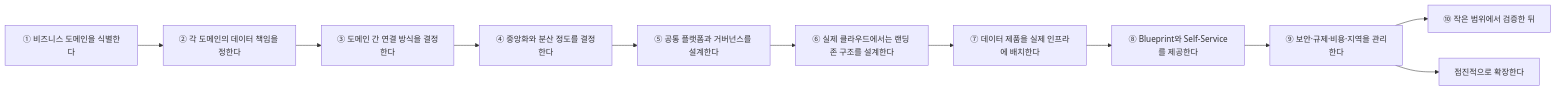
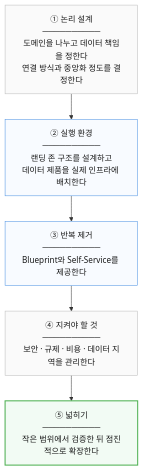
One commit to i31pc17/bitbook changed diagram 15 of 17 in 모던 데이터 아키텍처/부록 A. 클라우드 랜딩 존과 Blueprint.md. Above: the diagram before and after it, drawn with Mermaid. The commit also changed other lines of this file, not shown here.

````diff
--- a/모던 데이터 아키텍처/부록 A. 클라우드 랜딩 존과 Blueprint.md
+++ b/모던 데이터 아키텍처/부록 A. 클라우드 랜딩 존과 Blueprint.md
@@ -1480,24 +1493,16 @@
 ```mermaid
-flowchart LR
-    n0["① 비즈니스 도메인을 식별한다"]
-    n1["② 각 도메인의 데이터 책임을 정한다"]
-    n2["③ 도메인 간 연결 방식을 결정한다"]
-    n3["④ 중앙화와 분산 정도를 결정한다"]
-    n4["⑤ 공통 플랫폼과 거버넌스를 설계한다"]
-    n5["⑥ 실제 클라우드에서는 랜딩 존 구조를 설계한다"]
-    n6["⑦ 데이터 제품을 실제 인프라에 배치한다"]
-    n7["⑧ Blueprint와 Self-Service를 제공한다"]
-    n8["⑨ 보안·규제·비용·지역을 관리한다"]
-    n9["⑩ 작은 범위에서 검증한 뒤"]
-    n10["점진적으로 확장한다"]
-    n0 --> n1
-    n1 --> n2
-    n2 --> n3
-    n3 --> n4
-    n4 --> n5
-    n5 --> n6
-    n6 --> n7
-    n7 --> n8
-    n8 --> n9
-    n8 --> n10
+flowchart TB
+    B1["① 논리 설계<br/>──────────<br/>도메인을 나누고 데이터 책임을 정한다<br/>연결 방식과 중앙화 정도를 결정한다"]
+    B2["② 실행 환경<br/>──────────<br/>랜딩 존 구조를 설계하고<br/>데이터 제품을 실제 인프라에 배치한다"]
+    B3["③ 반복 제거<br/>──────────<br/>Blueprint와 Self-Service를 제공한다"]
+    B4["④ 지켜야 할 것<br/>──────────<br/>보안 · 규제 · 비용 · 데이터 지역을 관리한다"]
+    B5["⑤ 넓히기<br/>──────────<br/>작은 범위에서 검증한 뒤 점진적으로 확장한다"]
+
+    B1 --> B2 --> B3 --> B4 --> B5
+
+    style B1 fill:#fafafa,stroke:#bbb,color:#1a1a1a
+    style B2 fill:#f8fbff,stroke:#4a90e2,color:#1a1a1a
+    style B3 fill:#f8fbff,stroke:#4a90e2,color:#1a1a1a
+    style B4 fill:#fafafa,stroke:#bbb,color:#1a1a1a
+    style B5 fill:#f2fbf4,stroke:#4caf50,stroke-width:2px,color:#1a1a1a
 ```
````
